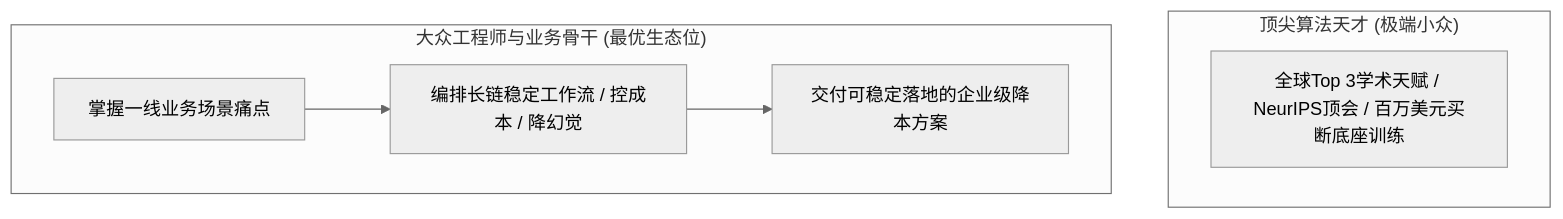
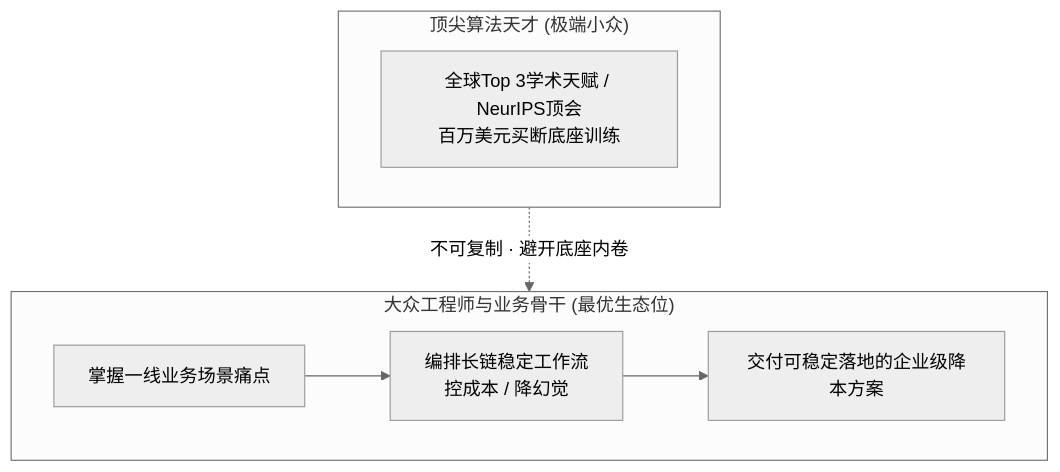
The second of 4 diagrams in content/live-20260922-laozeng-02.md (dollarser/knowledge), drawn with Mermaid (neutral theme) before and after one commit. The commit also changed other lines of this file and 10 other files, not shown here.

Commit message:
style: verticalize all mermaid diagrams and add mindmap architecture

````diff
--- a/content/live-20260922-laozeng-02.md
+++ b/content/live-20260922-laozeng-02.md
@@ -61,10 +61,11 @@
 ```mermaid
 flowchart TD
     subgraph Genius["顶尖算法天才 (极端小众)"]
-        Top["全球Top 3学术天赋 / NeurIPS顶会 / 百万美元买断底座训练"]
+        Top["全球Top 3学术天赋 / NeurIPS顶会<br/>百万美元买断底座训练"]
     end
     subgraph Regular["大众工程师与业务骨干 (最优生态位)"]
-        Work["掌握一线业务场景痛点"] --> Orchestration["编排长链稳定工作流 / 控成本 / 降幻觉"]
+        Work["掌握一线业务场景痛点"] --> Orchestration["编排长链稳定工作流<br/>控成本 / 降幻觉"]
         Orchestration --> Moat["交付可稳定落地的企业级降本方案"]
     end
+    Genius -.->|不可复制 · 避开底座内卷| Regular
 ```
````
